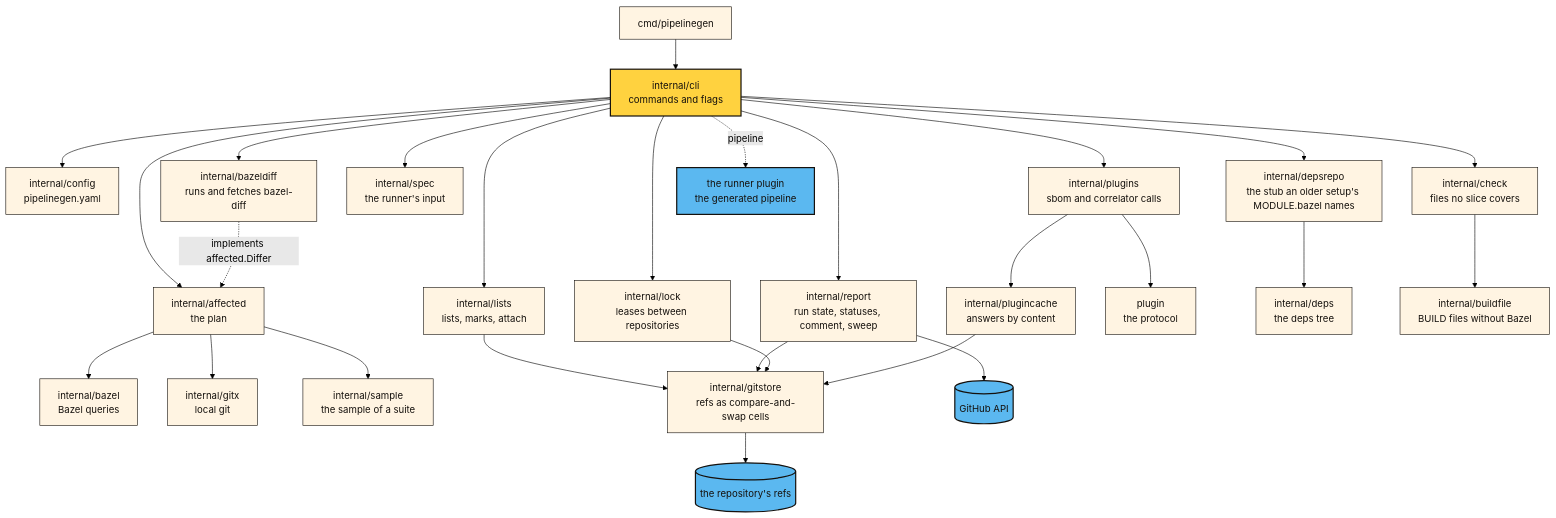
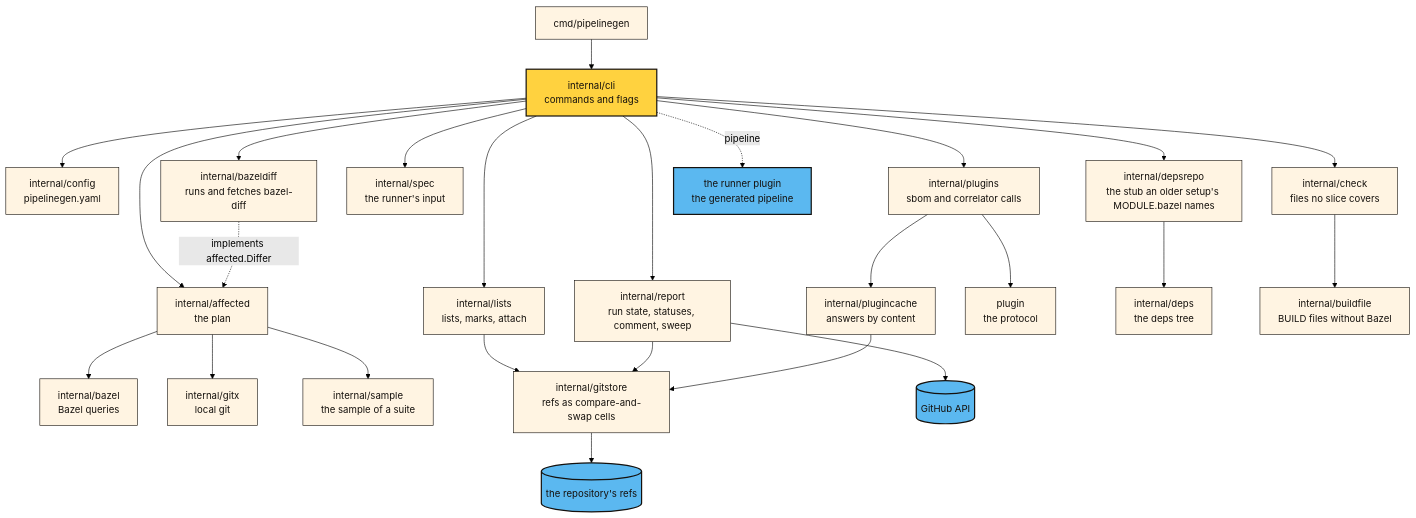
Before and after one commit to sideways-works/pipelinegen: the diagram in docs/internals/README.md, drawn with Mermaid (forest theme). The commit also changed other lines of this file and 24 other files, not shown here.

````diff
--- a/docs/internals/README.md
+++ b/docs/internals/README.md
@@ -10,35 +10,33 @@
 ```mermaid
 flowchart TD
   main["cmd/pipelinegen"] --> cli["internal/cli<br/>commands and flags"]
   cli --> config["internal/config<br/>pipelinegen.yaml"]
   cli --> affected["internal/affected<br/>the plan"]
   cli --> plugins["internal/plugins<br/>sbom and correlator calls"]
   cli --> report["internal/report<br/>run state, statuses, comment, sweep"]
   cli --> lists["internal/lists<br/>lists, marks, attach"]
-  cli --> lock["internal/lock<br/>leases between repositories"]
   cli --> check["internal/check<br/>files no slice covers"]
   cli --> spec["internal/spec<br/>the runner's input"]
   cli --> bazeldiff["internal/bazeldiff<br/>runs and fetches bazel-diff"]
   cli --> depsrepo["internal/depsrepo<br/>the stub an older setup's MODULE.bazel names"]
   affected --> bazel["internal/bazel<br/>Bazel queries"]
   affected --> gitx["internal/gitx<br/>local git"]
   affected --> sample["internal/sample<br/>the sample of a suite"]
   bazeldiff -. "implements affected.Differ" .-> affected
   plugins --> plugincache["internal/plugincache<br/>answers by content"]
   plugins --> proto["plugin<br/>the protocol"]
   depsrepo --> deps["internal/deps<br/>the deps tree"]
   check --> buildfile["internal/buildfile<br/>BUILD files without Bazel"]
   lists --> gitstore["internal/gitstore<br/>refs as compare-and-swap cells"]
   report --> gitstore
-  lock --> gitstore
   plugincache --> gitstore
   report --> github[("GitHub API")]
   gitstore --> remote[("the repository's refs")]
   cli -. "pipeline" .-> runner["the runner plugin<br/>the generated pipeline"]
   classDef default fill:#FFF4E2,stroke:#15110D,color:#15110D
   classDef key fill:#FFD23F,stroke:#15110D,color:#15110D,stroke-width:2px
   classDef runs fill:#5BB8F0,stroke:#15110D,color:#15110D,stroke-width:2px
   classDef out fill:#EEEEEE,stroke:#9E9E9E,color:#57606A,stroke-dasharray:4 4
   class cli key
   class github,remote,runner runs
 ```
````
